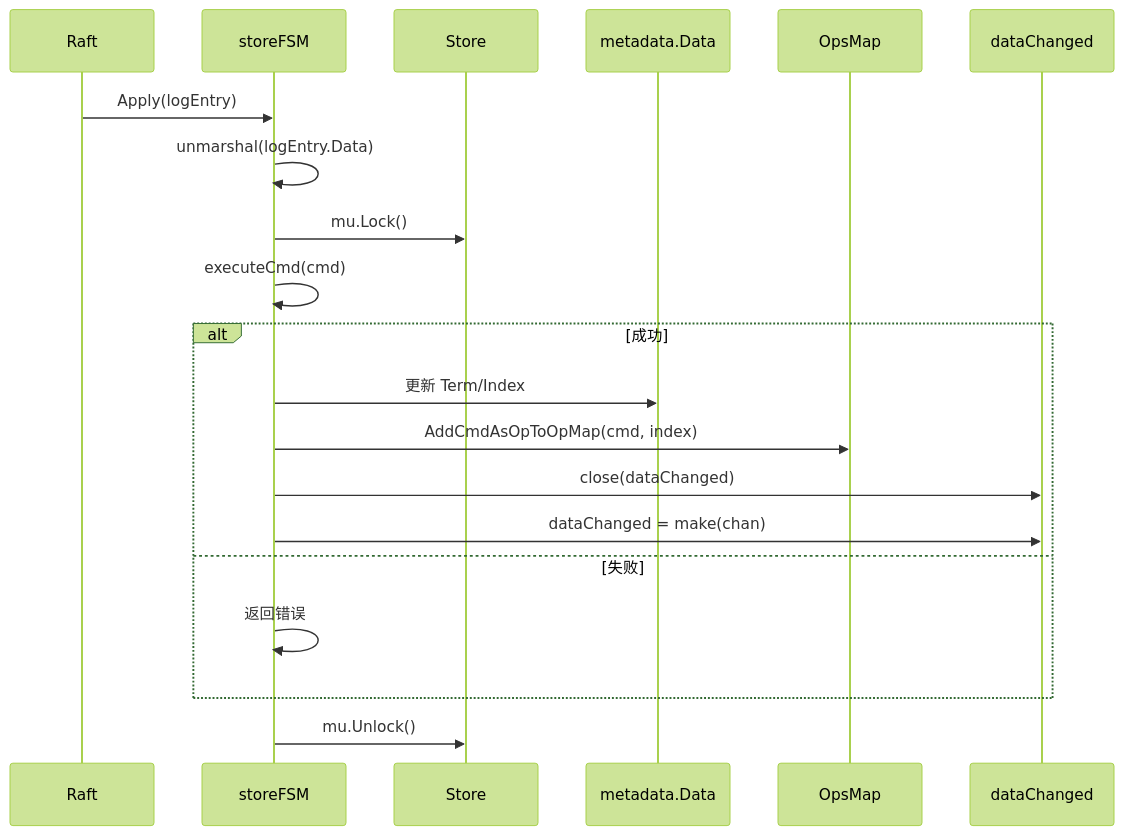
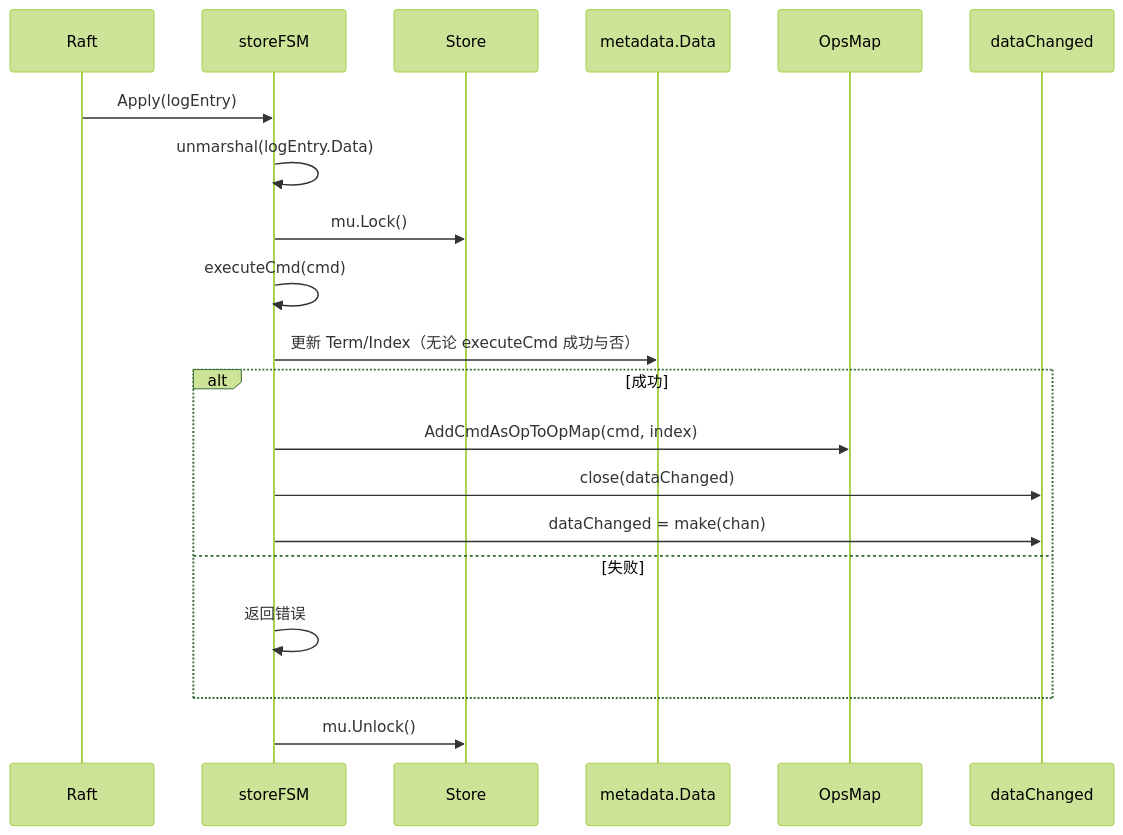
Before and after one commit to stefanv5/openGemini: the third of 17 diagrams in docs/specs/07_state_machine_spec.md, drawn with Mermaid (forest theme). The commit also changed other lines of this file and 37 other files, not shown here.

````diff
--- a/docs/specs/07_state_machine_spec.md
+++ b/docs/specs/07_state_machine_spec.md
@@ -348,26 +352,27 @@
 ```mermaid
 sequenceDiagram
     participant Raft as Raft
     participant FSM as storeFSM
     participant Store as Store
     participant Data as metadata.Data
     participant OpsMap as OpsMap
     participant Chan as dataChanged
 
     Raft->>FSM: Apply(logEntry)
     FSM->>FSM: unmarshal(logEntry.Data)
 
     FSM->>Store: mu.Lock()
     FSM->>FSM: executeCmd(cmd)
 
+    FSM->>Data: 更新 Term/Index（无论 executeCmd 成功与否）
+
     alt 成功
-        FSM->>Data: 更新 Term/Index
         FSM->>OpsMap: AddCmdAsOpToOpMap(cmd, index)
         FSM->>Chan: close(dataChanged)
         FSM->>Chan: dataChanged = make(chan)
     else 失败
         FSM->>FSM: 返回错误
     end
 
     FSM->>Store: mu.Unlock()
 ```
````
